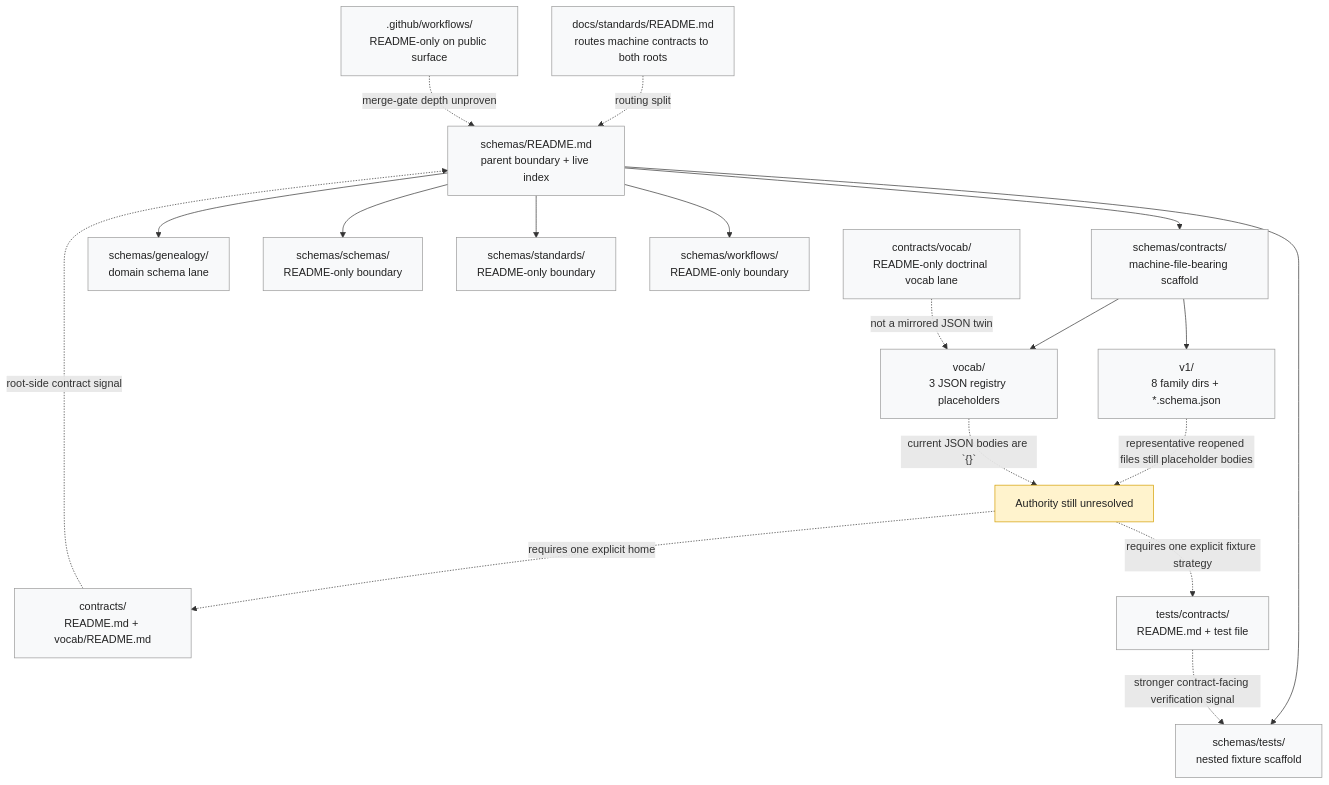
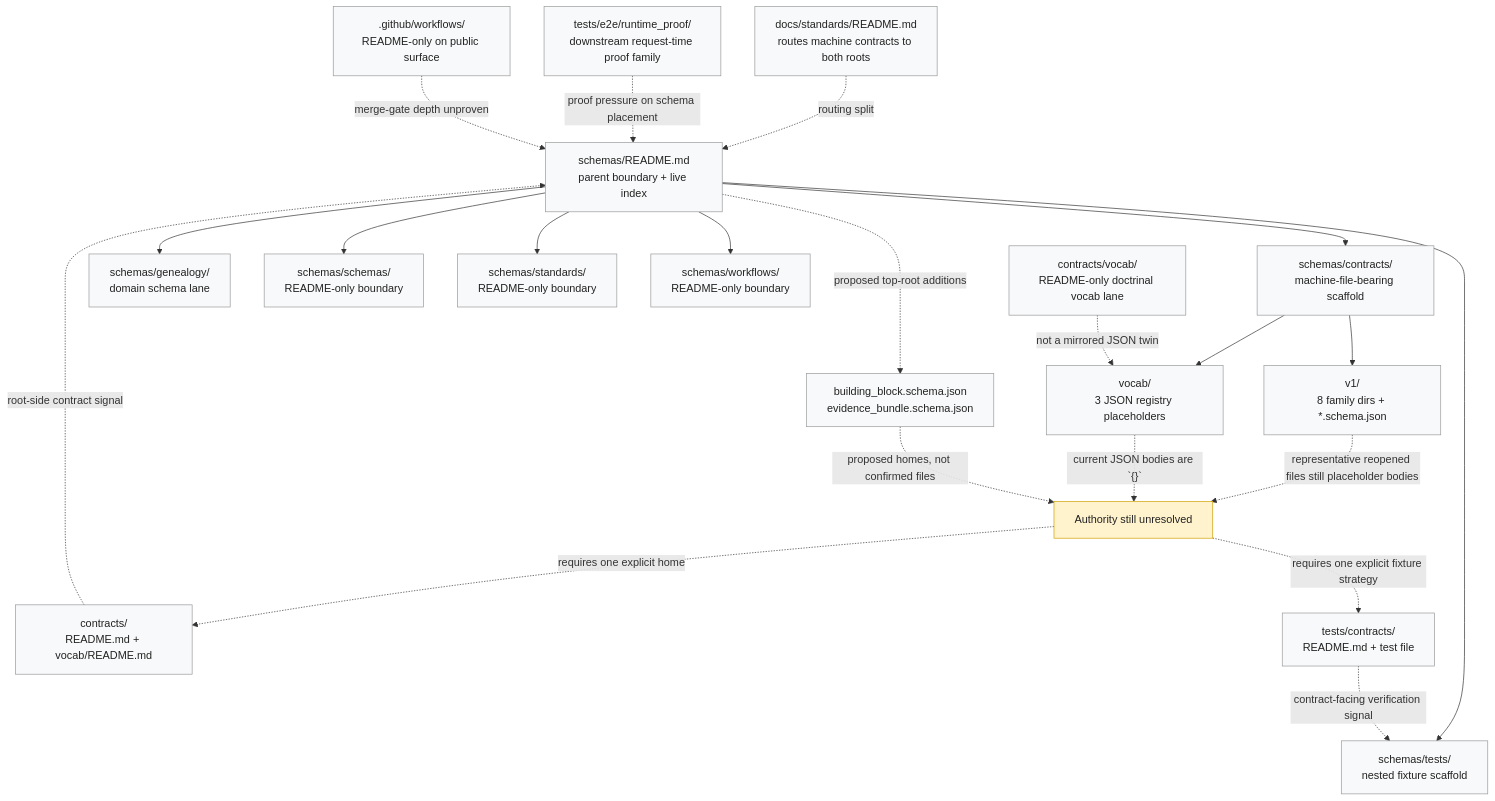
One commit to bartytime4life/Kansas-Frontier-Matrix changed the diagram in schemas/README.md. Above: the diagram before and after it, drawn with Mermaid. The commit also changed other lines of this file, not shown here.

````diff
--- a/schemas/README.md
+++ b/schemas/README.md
@@ -457,30 +488,34 @@
 ```mermaid
 flowchart TB
     P["schemas/README.md<br/>parent boundary + live index"]
 
     P --> SC["schemas/contracts/<br/>machine-file-bearing scaffold"]
     P --> SG["schemas/genealogy/<br/>domain schema lane"]
     P --> SS["schemas/schemas/<br/>README-only boundary"]
     P --> ST["schemas/standards/<br/>README-only boundary"]
     P --> STS["schemas/tests/<br/>nested fixture scaffold"]
     P --> SW["schemas/workflows/<br/>README-only boundary"]
 
+    P -. proposed top-root additions .-> NEW["building_block.schema.json<br/>evidence_bundle.schema.json"]
+
     SC --> V1["v1/<br/>8 family dirs + *.schema.json"]
     SC --> VOC["vocab/<br/>3 JSON registry placeholders"]
 
     ROOTC["contracts/<br/>README.md + vocab/README.md"] -. root-side contract signal .-> P
     ROOTV["contracts/vocab/<br/>README-only doctrinal vocab lane"] -. not a mirrored JSON twin .-> VOC
     STD["docs/standards/README.md<br/>routes machine contracts to both roots"] -. routing split .-> P
-    TCON["tests/contracts/<br/>README.md + test file"] -. stronger contract-facing verification signal .-> STS
+    TCON["tests/contracts/<br/>README.md + test file"] -. contract-facing verification signal .-> STS
+    RTP["tests/e2e/runtime_proof/<br/>downstream request-time proof family"] -. proof pressure on schema placement .-> P
     WF[".github/workflows/<br/>README-only on public surface"] -. merge-gate depth unproven .-> P
 
     V1 -. representative reopened files still placeholder bodies .-> A["Authority still unresolved"]
     VOC -. current JSON bodies are `{}` .-> A
+    NEW -. proposed homes, not confirmed files .-> A
     A -. requires one explicit home .-> ROOTC
     A -. requires one explicit fixture strategy .-> TCON
 
     classDef soft fill:#f8f9fa,stroke:#999,color:#222;
     classDef warn fill:#fff3cd,stroke:#d39e00,color:#222;
-    class P,SC,SG,SS,ST,STS,SW,V1,VOC,ROOTC,ROOTV,STD,TCON,WF soft;
+    class P,SC,SG,SS,ST,STS,SW,NEW,V1,VOC,ROOTC,ROOTV,STD,TCON,RTP,WF soft;
     class A warn;
 ```
````
